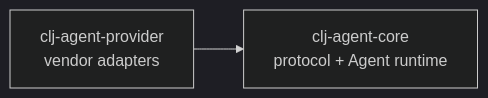
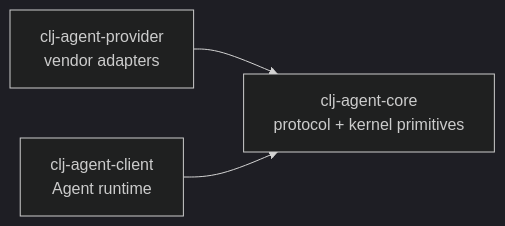
The second of 2 diagrams in README_EN.md (TTalkPro/clj-agent), drawn with Mermaid (dark theme) before and after one commit. The commit also changed other lines of this file and 29 other files, not shown here.

First line of the commit message:
refactor: 拆分 clj-agent-client 模块（onion-filter 设计收尾）

````diff
--- a/README_EN.md
+++ b/README_EN.md
@@ -57,7 +60,9 @@
 ```mermaid
 graph LR
     provider[clj-agent-provider<br/>vendor adapters]
-    core[clj-agent-core<br/>protocol + Agent runtime]
+    client[clj-agent-client<br/>Agent runtime]
+    core[clj-agent-core<br/>protocol + kernel primitives]
 
     provider --> core
+    client --> core
 ```
````
